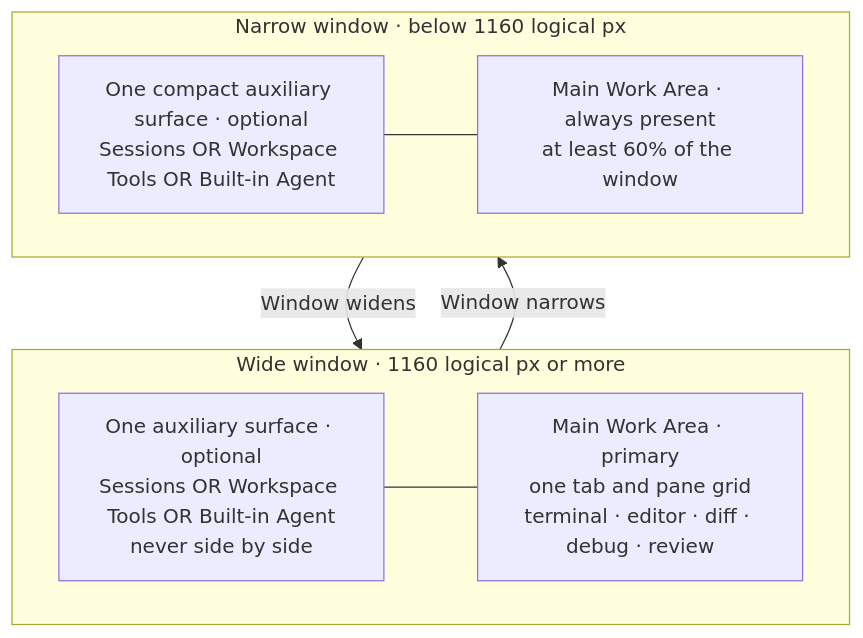
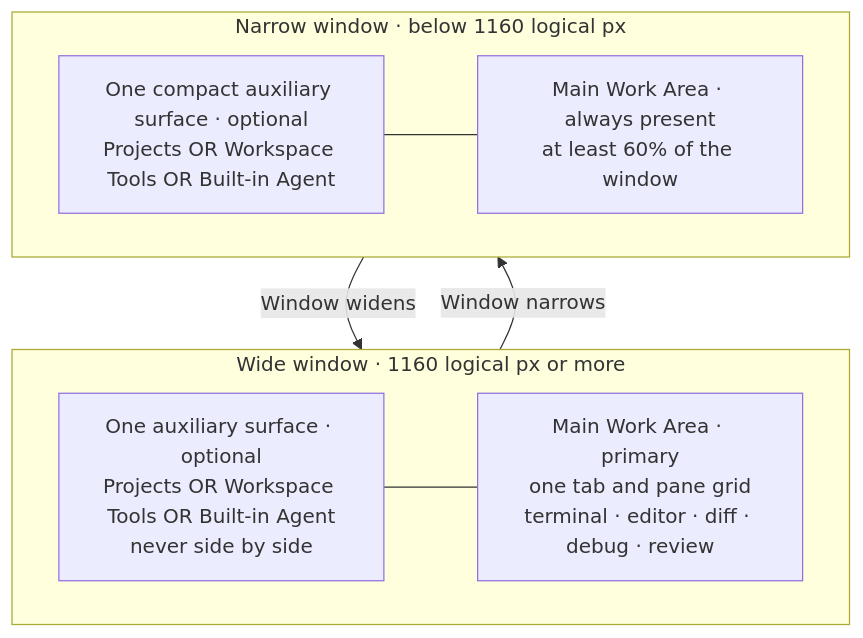
The first of 3 diagrams in docs/src/development/dez/fork-notes.md (Oreoro/dez), drawn with Mermaid before and after one commit. The commit also changed other lines of this file and 22 other files, not shown here.

````diff
--- a/docs/src/development/dez/fork-notes.md
+++ b/docs/src/development/dez/fork-notes.md
@@ -75,19 +75,19 @@
 ```mermaid
 flowchart TB
     subgraph WIDE["Wide window · 1160 logical px or more"]
         direction LR
-        WA["One auxiliary surface · optional<br/>Sessions OR Workspace Tools OR Built-in Agent<br/>never side by side"]
+        WA["One auxiliary surface · optional<br/>Projects OR Workspace Tools OR Built-in Agent<br/>never side by side"]
         WM["Main Work Area · primary<br/>one tab and pane grid<br/>terminal · editor · diff · debug · review"]
         WA --- WM
     end
 
     subgraph NARROW["Narrow window · below 1160 logical px"]
         direction LR
-        FA["One compact auxiliary surface · optional<br/>Sessions OR Workspace Tools OR Built-in Agent"]
+        FA["One compact auxiliary surface · optional<br/>Projects OR Workspace Tools OR Built-in Agent"]
         FM["Main Work Area · always present<br/>at least 60% of the window"]
         FA --- FM
     end
 
     WIDE -->|Window narrows| NARROW
     NARROW -->|Window widens| WIDE
 ```
````
